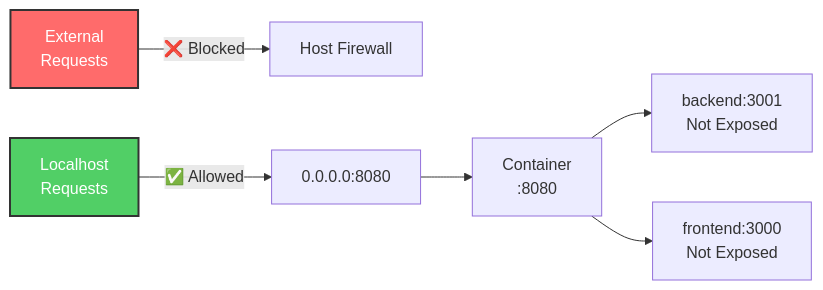
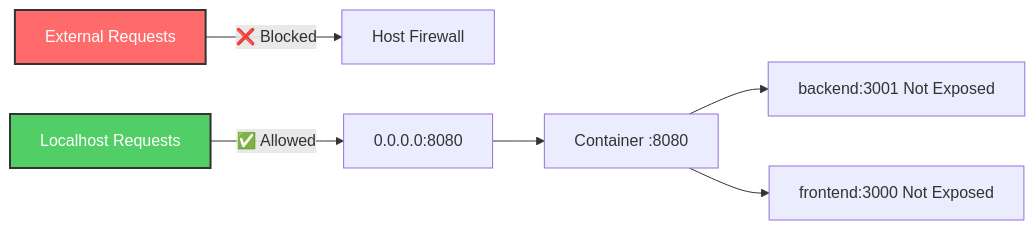
Before and after one commit to softwarewrighter/dev-proxy: the ninth of 17 diagrams in wiki/Security.md, drawn with Mermaid. The commit also changed other lines of this file and 6 other files, not shown here.

First line of the commit message:
Fix wiki Mermaid diagrams: remove <br/> tags

````diff
--- a/wiki/Security.md
+++ b/wiki/Security.md
@@ -294,14 +294,14 @@
 ```mermaid
 graph LR
-    External[External<br/>Requests] -->|❌ Blocked| Firewall[Host Firewall]
+    External[External Requests] -->|❌ Blocked| Firewall[Host Firewall]
 
-    Localhost[Localhost<br/>Requests] -->|✅ Allowed| Port[0.0.0.0:8080]
+    Localhost[Localhost Requests] -->|✅ Allowed| Port[0.0.0.0:8080]
 
-    Port --> Container[Container<br/>:8080]
+    Port --> Container[Container :8080]
 
-    Container --> Internal1[backend:3001<br/>Not Exposed]
-    Container --> Internal2[frontend:3000<br/>Not Exposed]
+    Container --> Internal1[backend:3001 Not Exposed]
+    Container --> Internal2[frontend:3000 Not Exposed]
 
     style External fill:#ff6b6b,stroke:#333,stroke-width:2px,color:#fff
     style Localhost fill:#51cf66,stroke:#333,stroke-width:2px,color:#fff
 ```
````
